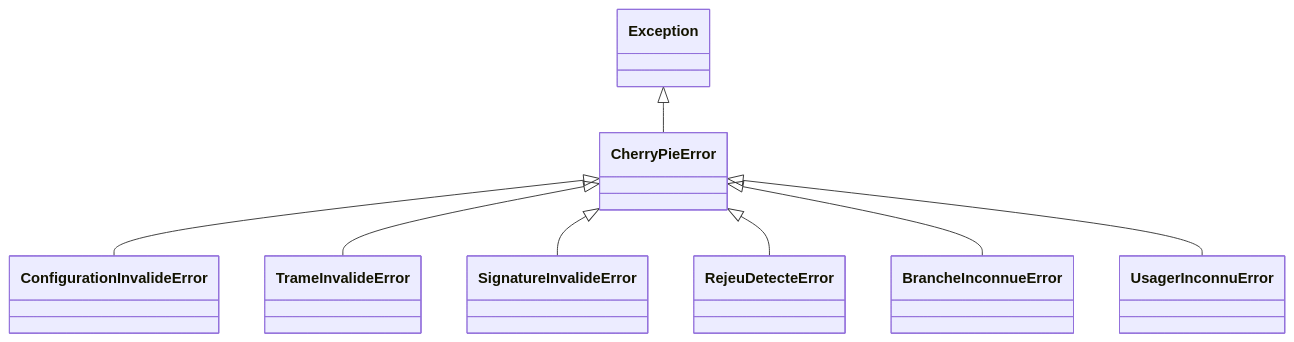
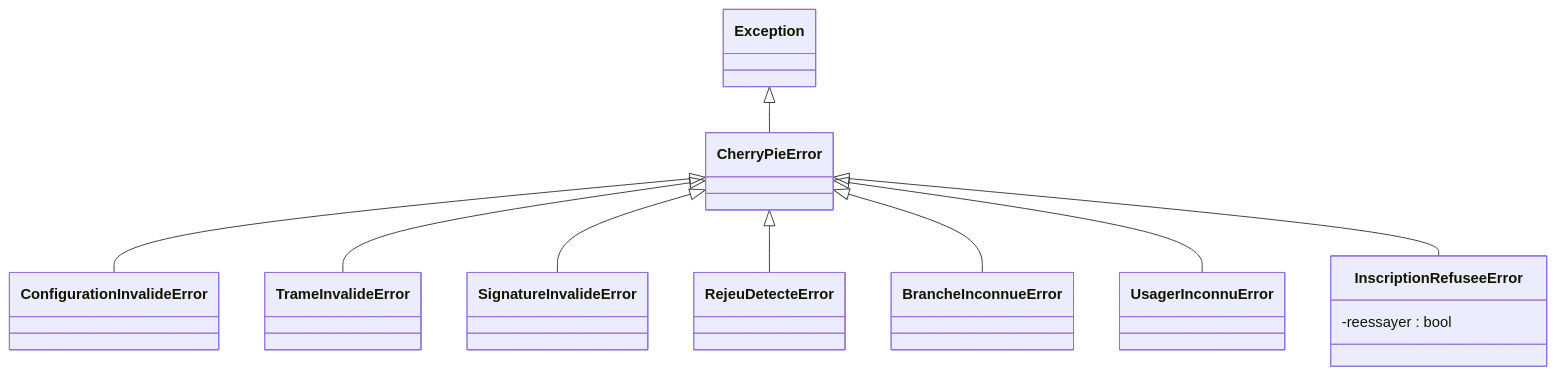
One commit to vRayzix/SAE3.02_Developper-une-application-communicante changed the first of 9 diagrams in docs/uml.md. Above: the diagram before and after it, drawn with Mermaid. The commit also changed other lines of this file, not shown here.

Commit message:
docs(uml): client usager, déplacement et fonctions de rappel

````diff
--- a/docs/uml.md
+++ b/docs/uml.md
@@ -28,19 +28,23 @@
 ```mermaid
 classDiagram
     class Exception
     class CherryPieError
     class ConfigurationInvalideError
     class TrameInvalideError
     class SignatureInvalideError
     class RejeuDetecteError
     class BrancheInconnueError
     class UsagerInconnuError
+    class InscriptionRefuseeError {
+        -reessayer : bool
+    }
 
     Exception <|-- CherryPieError
     CherryPieError <|-- ConfigurationInvalideError
     CherryPieError <|-- TrameInvalideError
     CherryPieError <|-- SignatureInvalideError
     CherryPieError <|-- RejeuDetecteError
     CherryPieError <|-- BrancheInconnueError
     CherryPieError <|-- UsagerInconnuError
+    CherryPieError <|-- InscriptionRefuseeError
 ```
````
